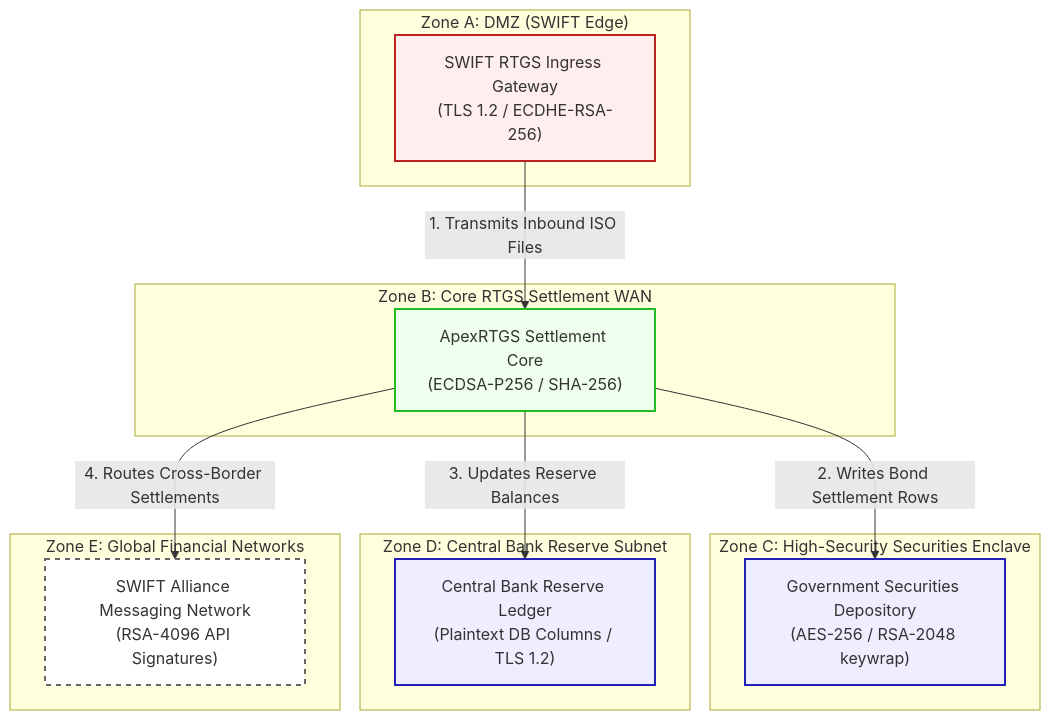
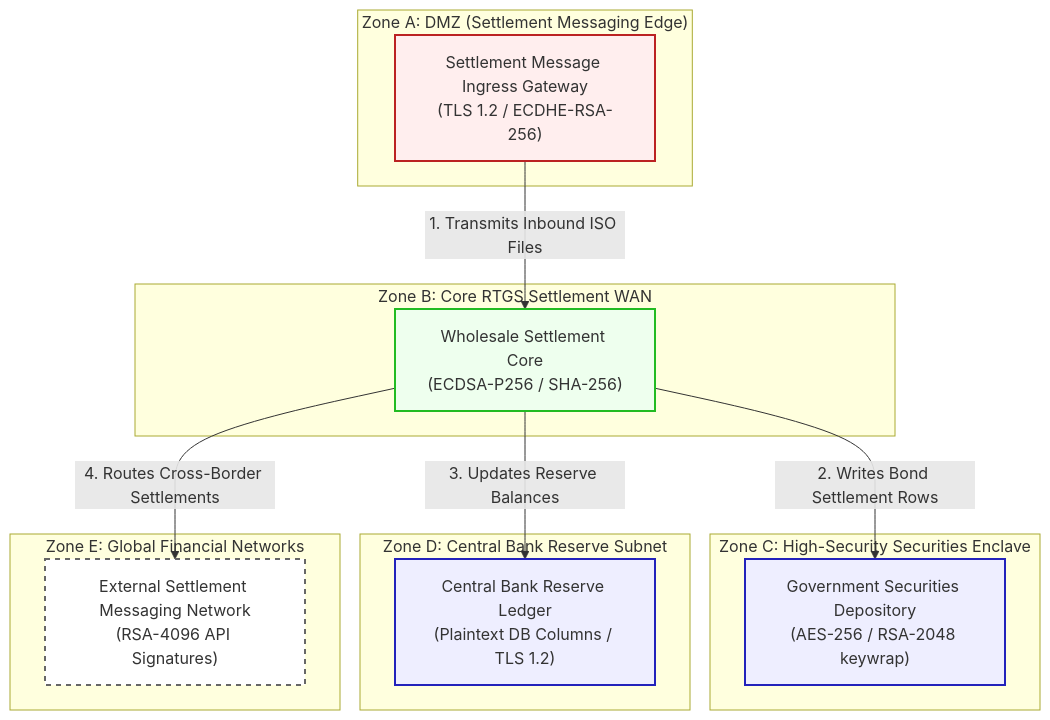
The diagram in sample_artifacts/scenarios/11-national-rtgs-settlement/architecture.md (justinwkUKM/AETHER-PQC), drawn with Mermaid before and after one commit. The commit also changed other lines of this file and 187 other files, not shown here.

````diff
--- a/sample_artifacts/scenarios/11-national-rtgs-settlement/architecture.md
+++ b/sample_artifacts/scenarios/11-national-rtgs-settlement/architecture.md
@@ -22,41 +22,41 @@
 ```mermaid
 graph TD
-  subgraph Zone_A_DMZ ["Zone A: DMZ (SWIFT Edge)"]
-    N1["SWIFT RTGS Ingress Gateway<br/>(TLS 1.2 / ECDHE-RSA-256)"]
+  subgraph Zone_A_DMZ ["Zone A: DMZ (Settlement Messaging Edge)"]
+    N1["Settlement Message Ingress Gateway<br/>(TLS 1.2 / ECDHE-RSA-256)"]
   end
 
   subgraph Zone_B_Core ["Zone B: Core RTGS Settlement WAN"]
-    N2["ApexRTGS Settlement Core<br/>(ECDSA-P256 / SHA-256)"]
+    N2["Wholesale Settlement Core<br/>(ECDSA-P256 / SHA-256)"]
   end
 
   subgraph Zone_C_Securities ["Zone C: High-Security Securities Enclave"]
     N3["Government Securities Depository<br/>(AES-256 / RSA-2048 keywrap)"]
   end
 
   subgraph Zone_D_Reserve ["Zone D: Central Bank Reserve Subnet"]
     N4["Central Bank Reserve Ledger<br/>(Plaintext DB Columns / TLS 1.2)"]
   end
 
   subgraph Zone_E_Global ["Zone E: Global Financial Networks"]
-    N5["SWIFT Alliance Messaging Network<br/>(RSA-4096 API Signatures)"]
+    N5["External Settlement Messaging Network<br/>(RSA-4096 API Signatures)"]
   end
 
   %% Flow Connections %%
   N1 -->|1. Transmits Inbound ISO Files| N2
   N2 -->|2. Writes Bond Settlement Rows| N3
   N2 -->|3. Updates Reserve Balances| N4
   N2 -->|4. Routes Cross-Border Settlements| N5
 
   %% Styling %%
   classDef dmz fill:#fee,stroke:#b22,stroke-width:2px;
   classDef core fill:#efe,stroke:#2b2,stroke-width:2px;
   classDef enclave fill:#eef,stroke:#22b,stroke-width:2px;
   classDef archive fill:#fef,stroke:#b2b,stroke-width:2px;
   classDef ext fill:#fff,stroke:#666,stroke-width:2px,stroke-dasharray: 5 5;
 
   class N1 dmz;
   class N2 core;
   class N3 enclave;
   class N4 enclave;
   class N5 ext;
 ```
````
